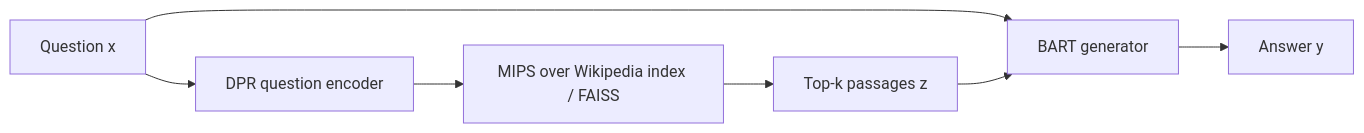
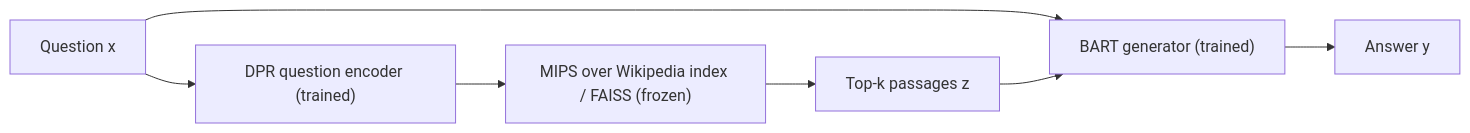
The diagram in content/notes/retrieval-augmented-generation.md (hardaatbaath/portfolio), drawn with Mermaid before and after one commit. The commit also changed other lines of this file and 2 other files, not shown here.

````diff
--- a/content/notes/retrieval-augmented-generation.md
+++ b/content/notes/retrieval-augmented-generation.md
@@ -48,9 +46,9 @@
 ```mermaid
 flowchart LR
-  Q["Question x"] --> QE["DPR question encoder"]
-  QE --> R["MIPS over Wikipedia index / FAISS"]
+  Q["Question x"] --> QE["DPR question encoder (trained)"]
+  QE --> R["MIPS over Wikipedia index / FAISS (frozen)"]
   R --> Docs["Top-k passages z"]
-  Q --> Gen["BART generator"]
+  Q --> Gen["BART generator (trained)"]
   Docs --> Gen
   Gen --> Y["Answer y"]
 ```
````
